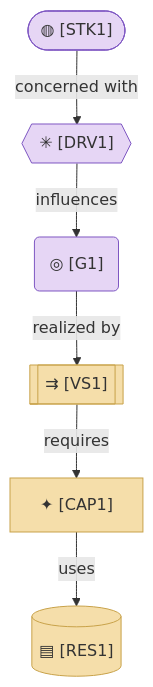
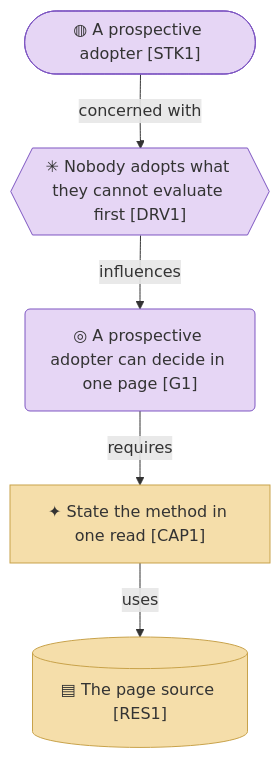
Before and after one commit to roanboc/architecture-archreator: the diagram in product-archreator/site/architecture/1_strategy/README.md, drawn with Mermaid. The commit also changed other lines of this file and 15 other files, not shown here.

````diff
--- a/product-archreator/site/architecture/1_strategy/README.md
+++ b/product-archreator/site/architecture/1_strategy/README.md
@@ -57,19 +49,17 @@
 ```mermaid
 flowchart TB
-  stakeholder(["◍ <Who cares> [STK1]"]):::motivation
-  driver{{"✳ <What pressures them> [DRV1]"}}:::motivation
-  goal("◎ <What must become true> [G1]"):::motivation
+  stakeholder(["◍ A prospective adopter [STK1]"]):::motivation
+  driver{{"✳ Nobody adopts what they cannot evaluate first [DRV1]"}}:::motivation
+  goal("◎ A prospective adopter can decide in one page [G1]"):::motivation
 
-  vs[["⇉ <Stage 1 → Stage 2 → …> [VS1]"]]:::strategy
-  cap["✦ <What we must be able to do> [CAP1]"]:::strategy
-  res[("▤ <What it's built with> [RES1]")]:::strategy
+  cap["✦ State the method in one read [CAP1]"]:::strategy
+  res[("▤ The page source [RES1]")]:::strategy
 
   stakeholder -->|concerned with| driver
   driver -->|influences| goal
-  goal -->|realized by| vs
-  vs -->|requires| cap
+  goal -->|requires| cap
   cap -->|uses| res
 
   classDef motivation fill:#e6d6f5,stroke:#7e57c2,color:#333
   classDef strategy fill:#f5deaa,stroke:#c8a24a,color:#333
 ```
````
